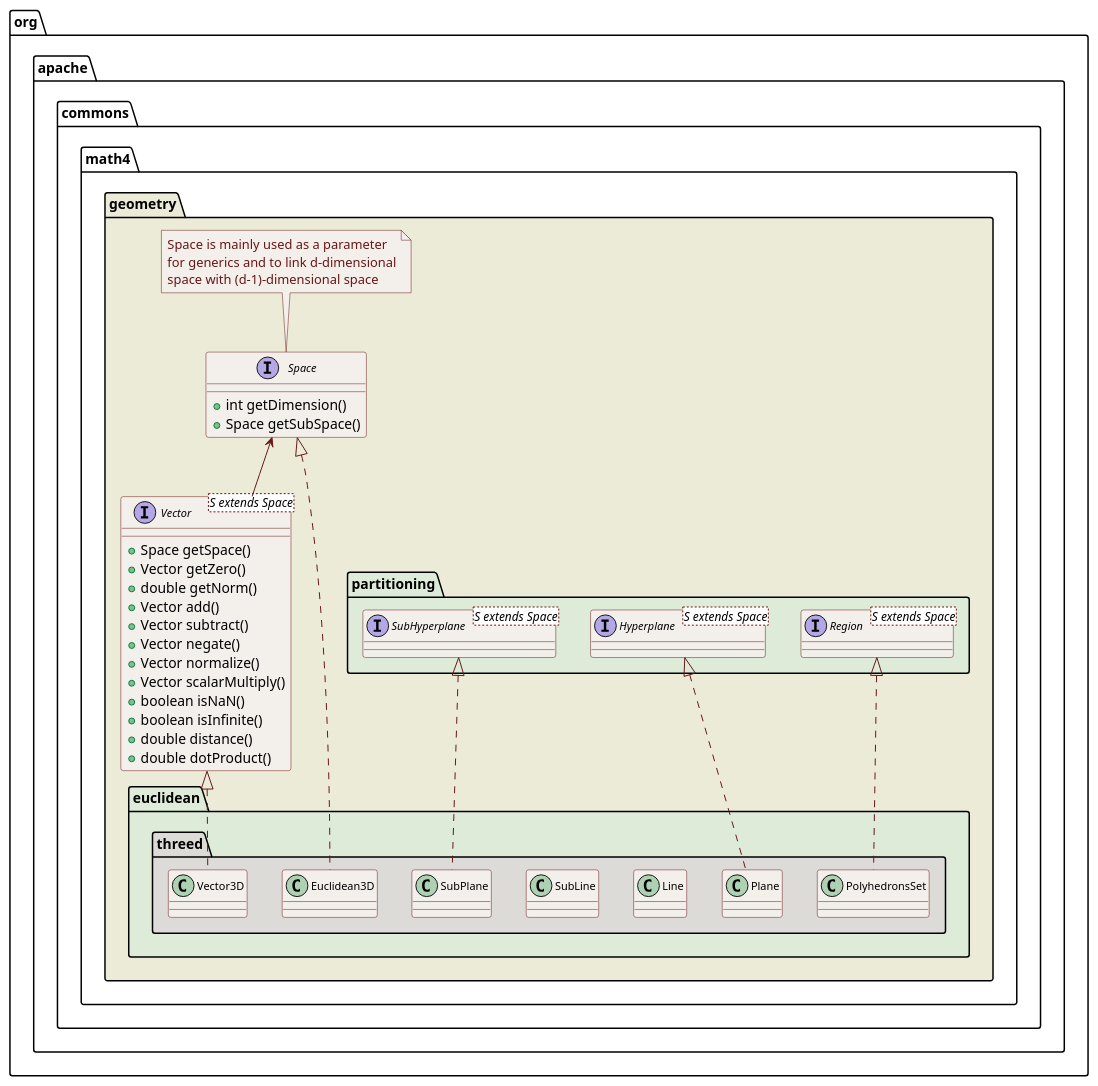
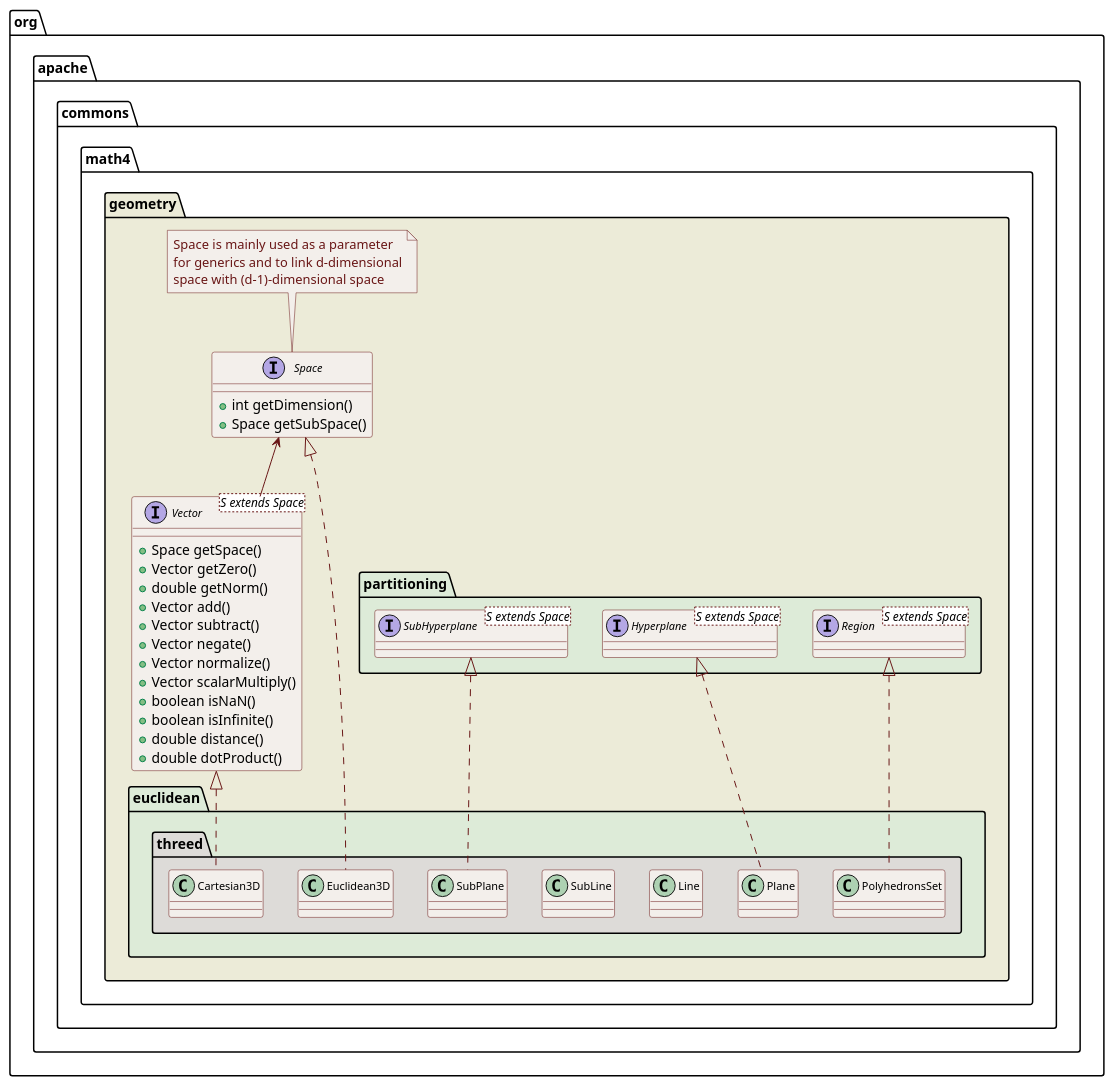
One commit to apache/commons-math changed the diagram in src/site/design/threeD.puml. Above: the diagram before and after it, drawn with PlantUML. The commit also changed 10 other files, not shown here.

Commit message:
MATH-1284: Replace uses of "Vector3D" in comments and supporting files with "Cartesian3D".

```diff
--- a/src/site/design/threeD.puml
+++ b/src/site/design/threeD.puml
@@ -16,71 +16,71 @@
 @startuml
 
   skinparam svek                  true
   skinparam ClassBackgroundColor  #F3EFEB
   skinparam ClassArrowColor       #691616
   skinparam ClassBorderColor      #691616
   skinparam NoteBackgroundColor   #F3EFEB
   skinparam NoteBorderColor       #691616
   skinparam NoteFontColor         #691616
   skinparam ClassFontSize         11
 
   package org.apache.commons.math4.geometry #ECEBD8 {
 
     interface Space {
       +int getDimension()
       +Space getSubSpace()
     }
     note top
       Space is mainly used as a parameter
       for generics and to link d-dimensional
       space with (d-1)-dimensional space
     end note
 
     interface "Vector<S extends Space>" as Vector_S_ {
       +Space getSpace()
       +Vector getZero()
       +double getNorm()
       +Vector add()
       +Vector subtract()
       +Vector negate()
       +Vector normalize()
       +Vector scalarMultiply()
       +boolean isNaN()
       +boolean isInfinite()
       +double distance()
       +double dotProduct()
     }
 
     Space <-- Vector_S_
 
     package partitioning #DDEBD8 {
       interface "Region<S extends Space>" as Region_S_
       interface "Hyperplane<S extends Space>" as Hyperplane_S_
       interface "SubHyperplane<S extends Space>" as SubHyperplane_S_
     }
 
     package euclidean #DDEBD8 {
 
       package threed #DDDBD8 {
 
         class Euclidean3D
-        class Vector3D
+        class Cartesian3D
         class Line
         class SubLine
         class Plane
         class SubPlane
         class PolyhedronsSet
 
         Space            <|.. Euclidean3D
-        Vector_S_        <|.. Vector3D
+        Vector_S_        <|.. Cartesian3D
         Hyperplane_S_    <|.. Plane
         SubHyperplane_S_ <|.. SubPlane
         Region_S_        <|.. PolyhedronsSet
 
       }
 
     }
 
   }
 
 @enduml
```
